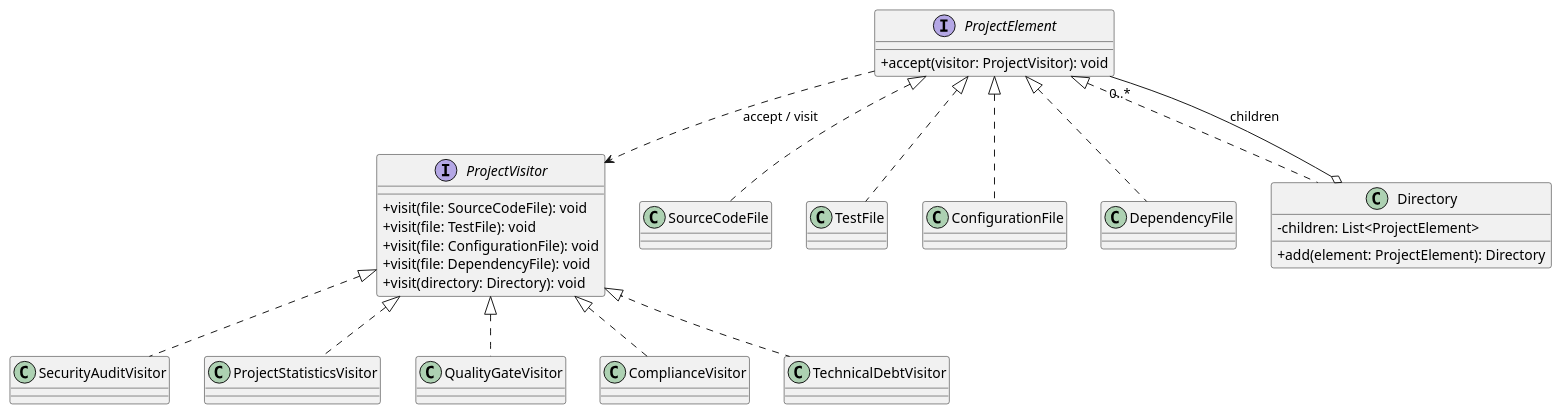
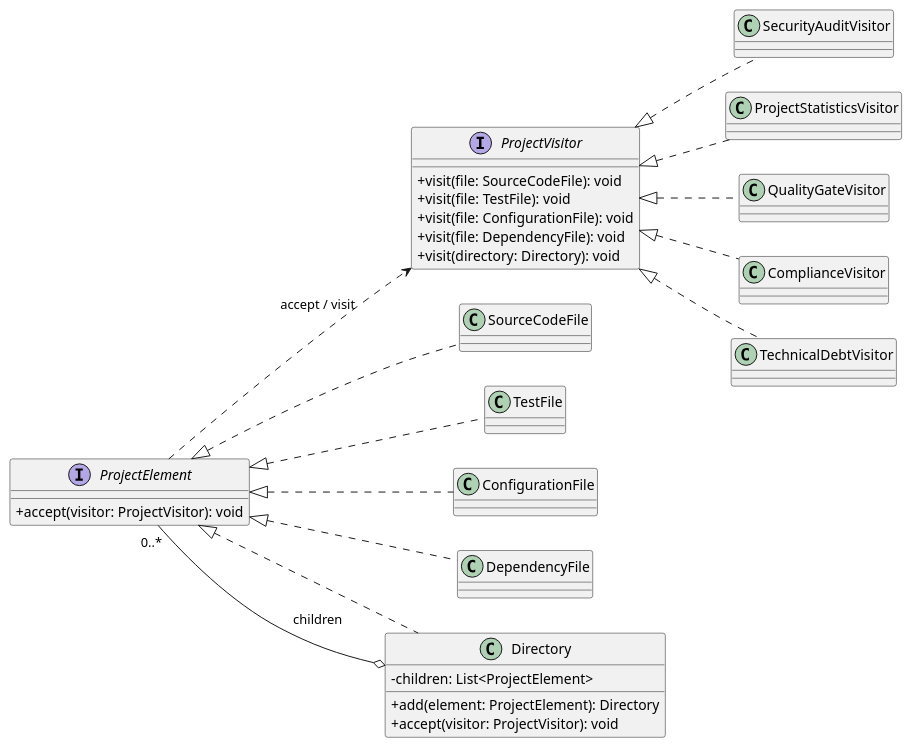
Before and after one commit to AlikhanTemirkhanov777/Assignment6_SmartCodeInspection: the diagram in docs/class-diagram.puml, drawn with PlantUML. The commit also changed 25 other files, not shown here.

```diff
--- a/docs/class-diagram.puml
+++ b/docs/class-diagram.puml
@@ -1,38 +1,40 @@
 @startuml
 skinparam classAttributeIconSize 0
+left to right direction
 interface ProjectElement {
   +accept(visitor: ProjectVisitor): void
 }
 interface ProjectVisitor {
   +visit(file: SourceCodeFile): void
   +visit(file: TestFile): void
   +visit(file: ConfigurationFile): void
   +visit(file: DependencyFile): void
   +visit(directory: Directory): void
 }
 class SourceCodeFile
 class TestFile
 class ConfigurationFile
 class DependencyFile
 class Directory {
   -children: List<ProjectElement>
   +add(element: ProjectElement): Directory
+  +accept(visitor: ProjectVisitor): void
 }
 class SecurityAuditVisitor
 class ProjectStatisticsVisitor
 class QualityGateVisitor
 class ComplianceVisitor
 class TechnicalDebtVisitor
 ProjectElement <|.. SourceCodeFile
 ProjectElement <|.. TestFile
 ProjectElement <|.. ConfigurationFile
 ProjectElement <|.. DependencyFile
 ProjectElement <|.. Directory
 Directory o-- "0..*" ProjectElement : children
 ProjectVisitor <|.. SecurityAuditVisitor
 ProjectVisitor <|.. ProjectStatisticsVisitor
 ProjectVisitor <|.. QualityGateVisitor
 ProjectVisitor <|.. ComplianceVisitor
 ProjectVisitor <|.. TechnicalDebtVisitor
 ProjectElement ..> ProjectVisitor : accept / visit
 @enduml
```
